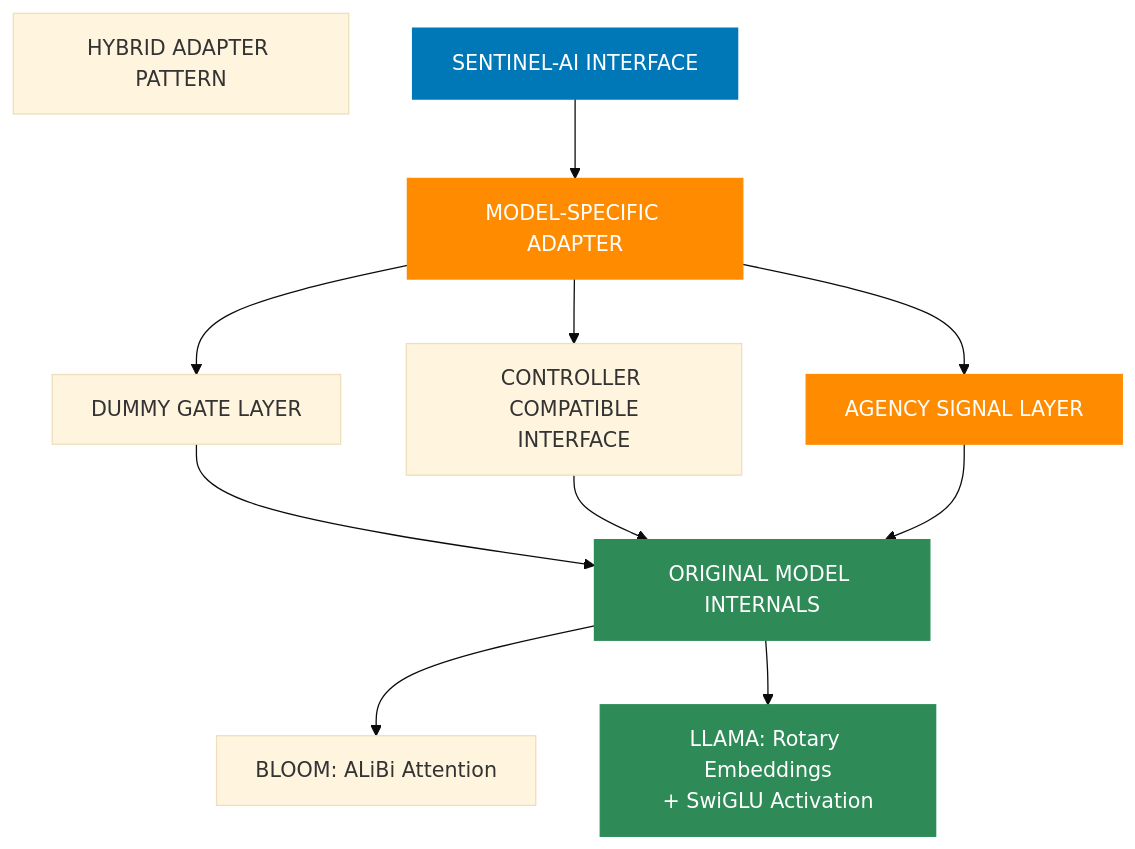
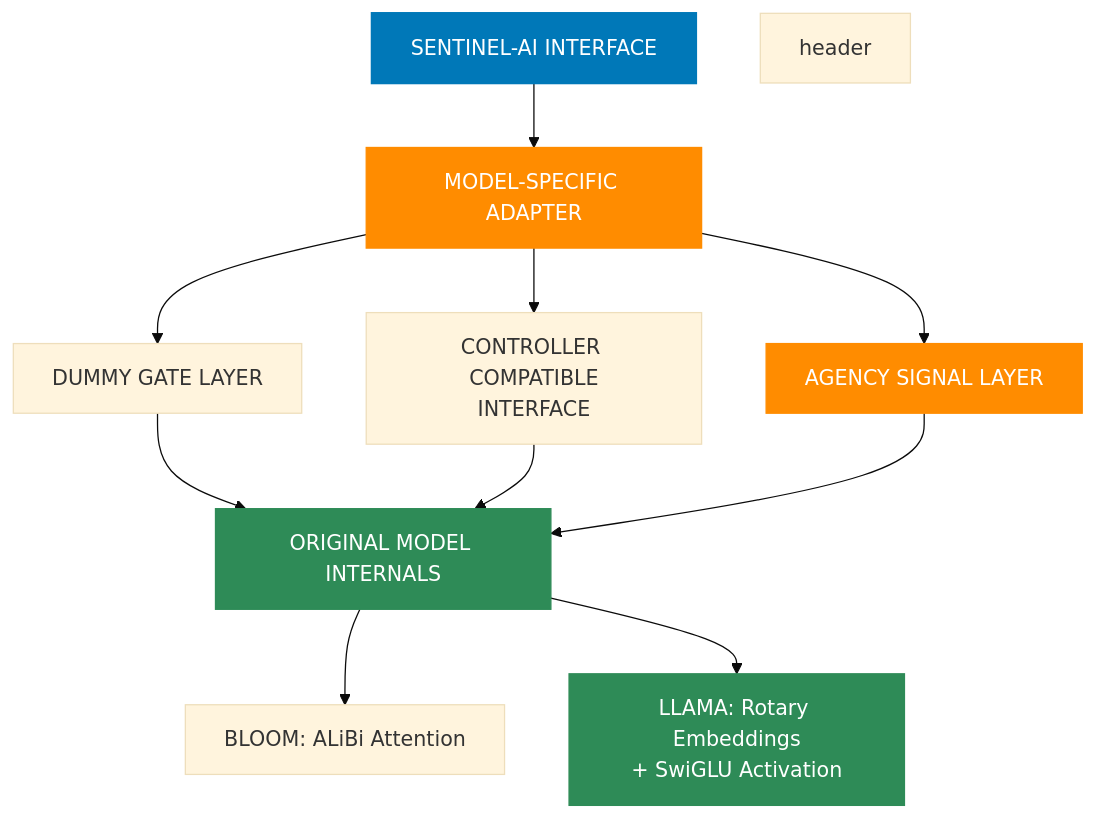
The third of 6 diagrams in README.md (CambrianTech/sentinel-ai), drawn with Mermaid (base theme) before and after one commit. The commit also changed other lines of this file, not shown here.

````diff
--- a/README.md
+++ b/README.md
@@ -163,38 +161,37 @@
 ```mermaid
 flowchart TD
     classDef standard fill:#333,stroke:#333,stroke-width:1px,color:#fff
     classDef interface fill:#0078b8,stroke:#0078b8,stroke-width:2px,color:#fff
     classDef adapter fill:#ff8c00,stroke:#ff8c00,stroke-width:1px,color:#fff
     classDef original fill:#2e8b57,stroke:#2e8b57,stroke-width:1px,color:#fff
     
     %% Main Components
-    header["HYBRID ADAPTER PATTERN"]
     interface["SENTINEL-AI INTERFACE"]
     adapter["MODEL-SPECIFIC ADAPTER"]
     original["ORIGINAL MODEL INTERNALS"]
     
     %% Adapter Components
     gates["DUMMY GATE LAYER"]
     compatible["CONTROLLER COMPATIBLE<br/>INTERFACE"]
     agency["AGENCY SIGNAL LAYER"]
     
     %% Original Model Components
     bloom["BLOOM: ALiBi Attention"]
     llama["LLAMA: Rotary Embeddings<br/>+ SwiGLU Activation"]
     
     %% Connections
         interface --> adapter
     adapter --> gates & compatible & agency
     gates & compatible & agency --> original
     original --> bloom & llama
     
     %% Styling
     header:::header
     interface:::interface
     adapter:::adapter
     original:::original
     
     gates & compatible & agency:::adapter
     
     bloom & llama:::original
 ```
````
